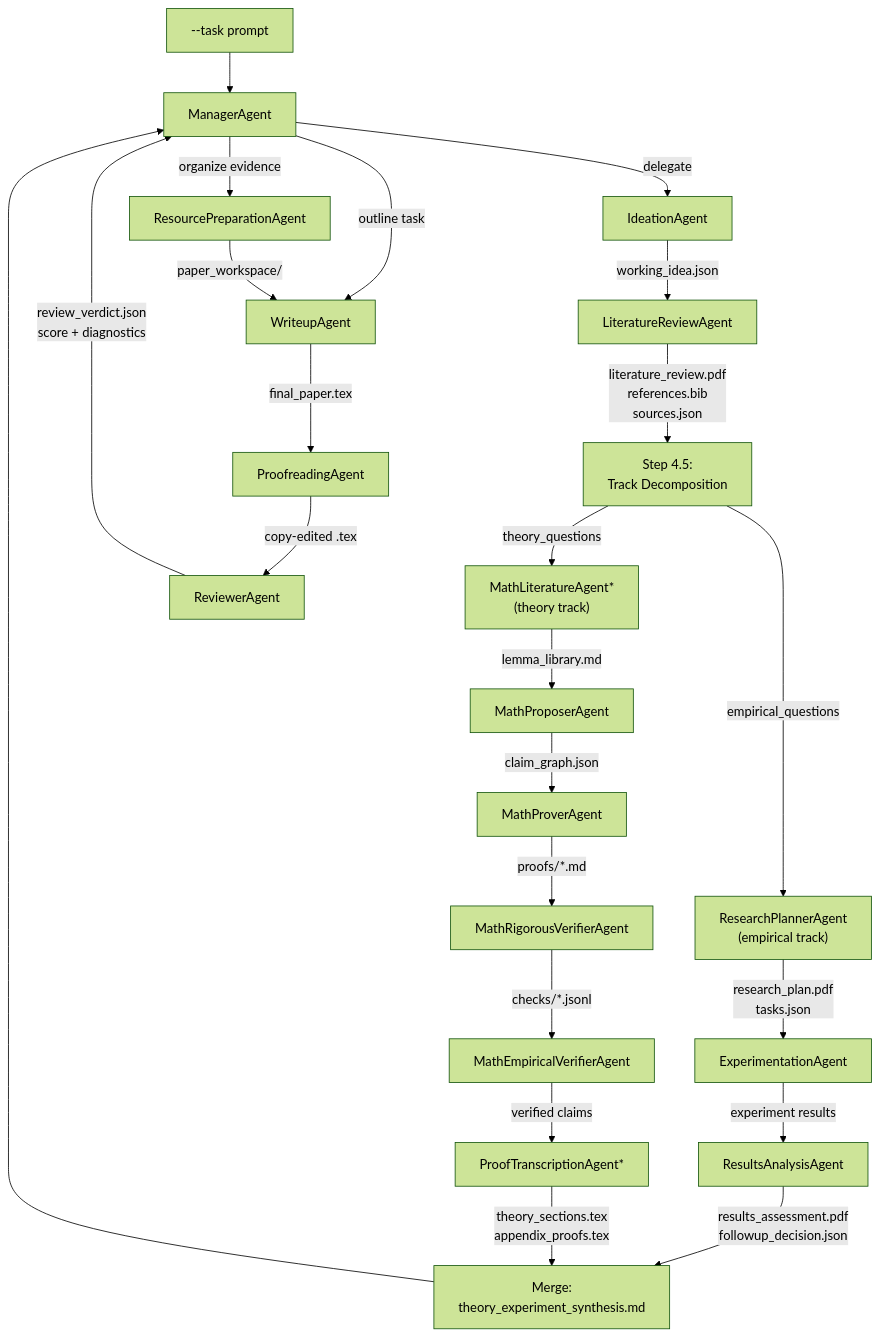
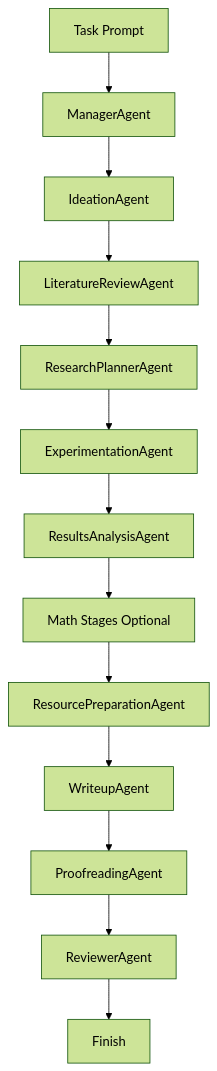
The first of 2 diagrams in README.md (andreb999999/pAI-physics), drawn with Mermaid (forest theme) before and after one commit. The commit also changed other lines of this file and 274 other files, not shown here.

````diff
--- a/README.md
+++ b/README.md
@@ -556,31 +73,15 @@
 ```mermaid
 flowchart TD
-    userTask["--task prompt"] --> manager["ManagerAgent"]
-
-    manager -->|"delegate"| ideation["IdeationAgent"]
-    ideation -->|"working_idea.json"| litAgent["LiteratureReviewAgent"]
-    litAgent -->|"literature_review.pdf\nreferences.bib\nsources.json"| decompose["Step 4.5:\nTrack Decomposition"]
-
-    decompose -->|"empirical_questions"| planner["ResearchPlannerAgent\n(empirical track)"]
-    decompose -->|"theory_questions"| mathLit["MathLiteratureAgent*\n(theory track)"]
-
-    planner -->|"research_plan.pdf\ntasks.json"| experiment["ExperimentationAgent"]
-    experiment -->|"experiment results"| analysis["ResultsAnalysisAgent"]
-    analysis -->|"results_assessment.pdf\nfollowup_decision.json"| merge["Merge:\ntheory_experiment_synthesis.md"]
-
-    mathLit -->|"lemma_library.md"| mathProp["MathProposerAgent"]
-    mathProp -->|"claim_graph.json"| mathProv["MathProverAgent"]
-    mathProv -->|"proofs/*.md"| mathRig["MathRigorousVerifierAgent"]
-    mathRig -->|"checks/*.jsonl"| mathEmp["MathEmpiricalVerifierAgent"]
-    mathEmp -->|"verified claims"| proofTx["ProofTranscriptionAgent*"]
-    proofTx -->|"theory_sections.tex\nappendix_proofs.tex"| merge
-
-    merge --> manager
-
-    manager -->|"outline task"| writeup["WriteupAgent"]
-    manager -->|"organize evidence"| resourcePrep["ResourcePreparationAgent"]
-    resourcePrep -->|"paper_workspace/"| writeup
-    writeup -->|"final_paper.tex"| proofread["ProofreadingAgent"]
-    proofread -->|"copy-edited .tex"| reviewer["ReviewerAgent"]
-    reviewer -->|"review_verdict.json\nscore + diagnostics"| manager
+    taskPrompt["Task Prompt"] --> manager["ManagerAgent"]
+    manager --> ideation["IdeationAgent"]
+    ideation --> litReview["LiteratureReviewAgent"]
+    litReview --> planner["ResearchPlannerAgent"]
+    planner --> experiment["ExperimentationAgent"]
+    experiment --> analysis["ResultsAnalysisAgent"]
+    analysis --> mathOptional["Math Stages Optional"]
+    mathOptional --> resourcePrep["ResourcePreparationAgent"]
+    resourcePrep --> writeup["WriteupAgent"]
+    writeup --> proofread["ProofreadingAgent"]
+    proofread --> reviewer["ReviewerAgent"]
+    reviewer --> finish["Finish"]
 ```
````
